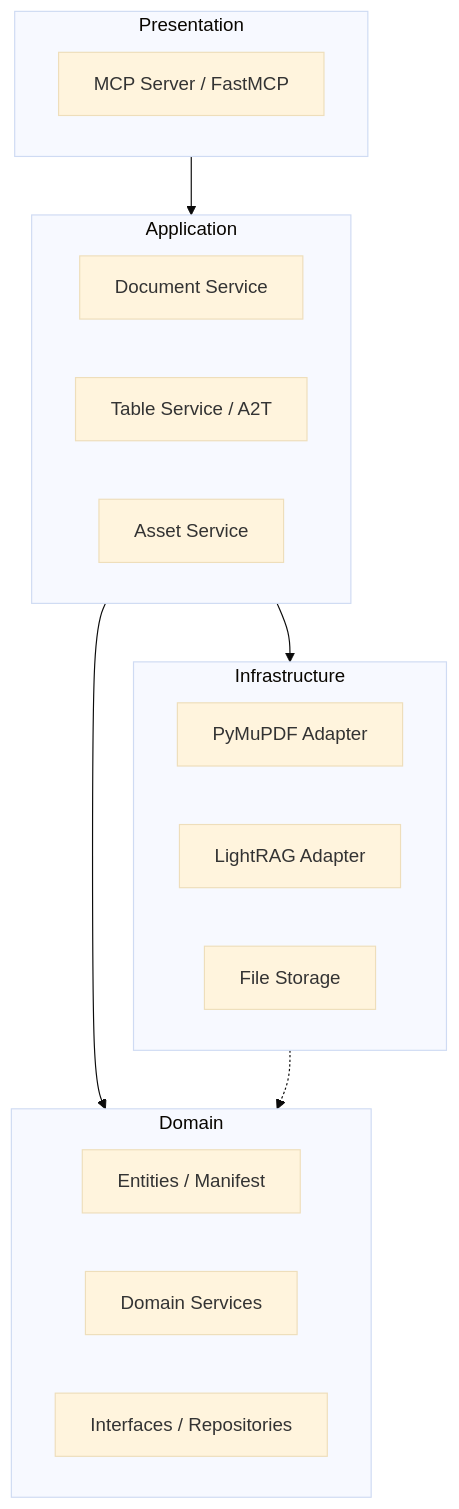
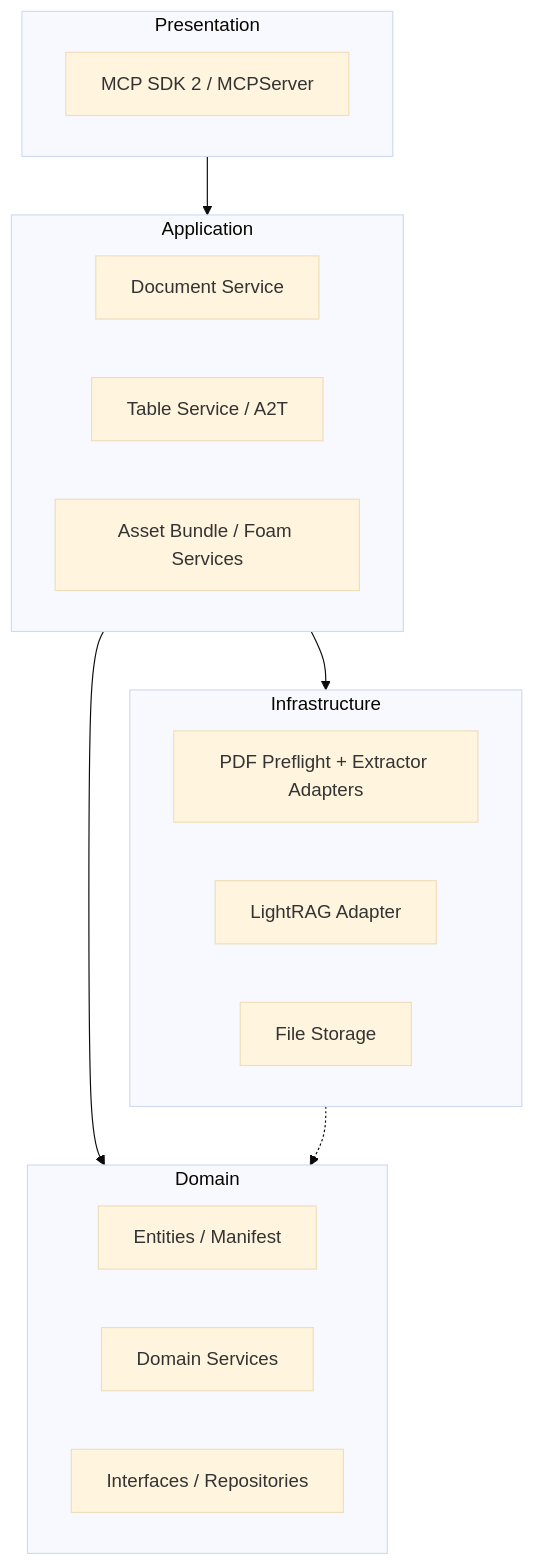
Before and after one commit to u9401066/asset-aware-mcp: the diagram in ARCHITECTURE.md, drawn with Mermaid (base theme). The commit also changed other lines of this file and 56 other files, not shown here.

````diff
--- a/ARCHITECTURE.md
+++ b/ARCHITECTURE.md
@@ -7,29 +7,29 @@
 ```mermaid
 graph TD
     subgraph Presentation
-        MCP[MCP Server / FastMCP]
+        MCP[MCP SDK 2 / MCPServer]
     end
 
     subgraph Application
         DS[Document Service]
         TS[Table Service / A2T]
-        AS[Asset Service]
+        AS[Asset Bundle / Foam Services]
     end
 
     subgraph Domain
         DE[Entities / Manifest]
         DSV[Domain Services]
         DI[Interfaces / Repositories]
     end
 
     subgraph Infrastructure
-        PA[PyMuPDF Adapter]
+        PA[PDF Preflight + Extractor Adapters]
         LR[LightRAG Adapter]
         FS[File Storage]
     end
 
     Presentation --> Application
     Application --> Domain
     Infrastructure -.-> Domain
     Application --> Infrastructure
 ```
````
